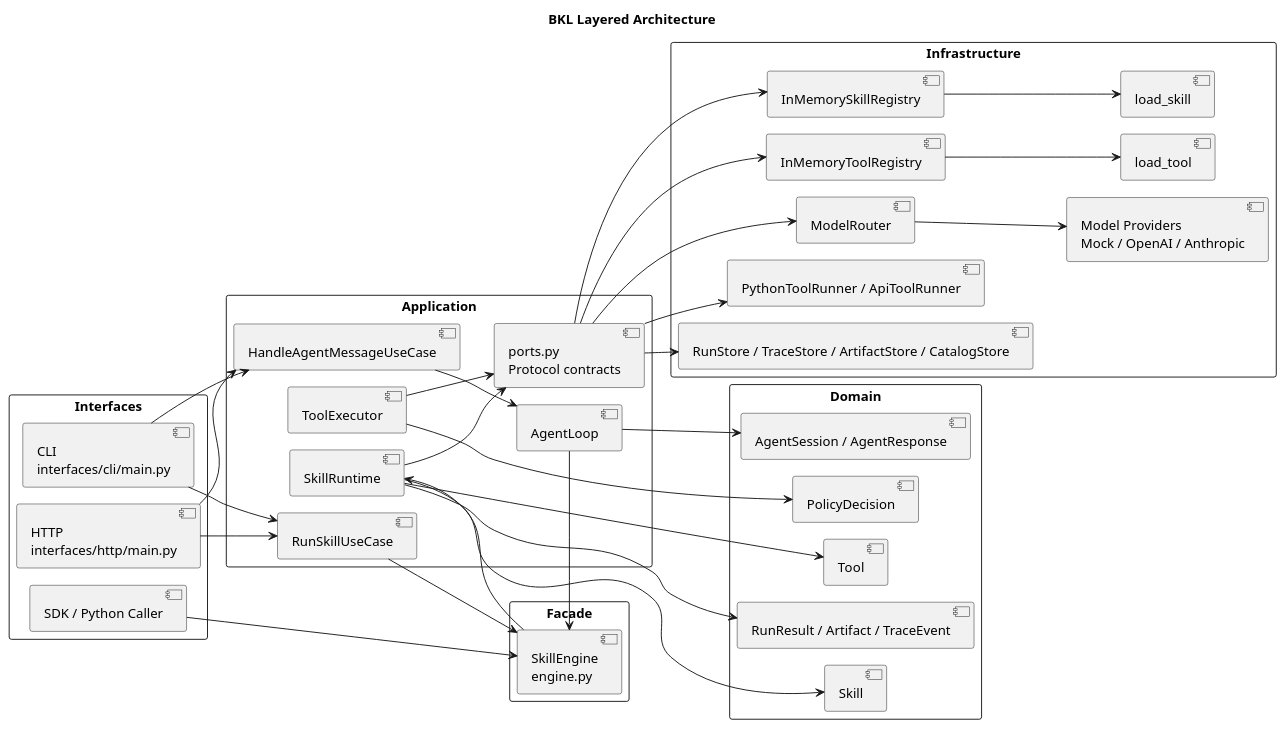
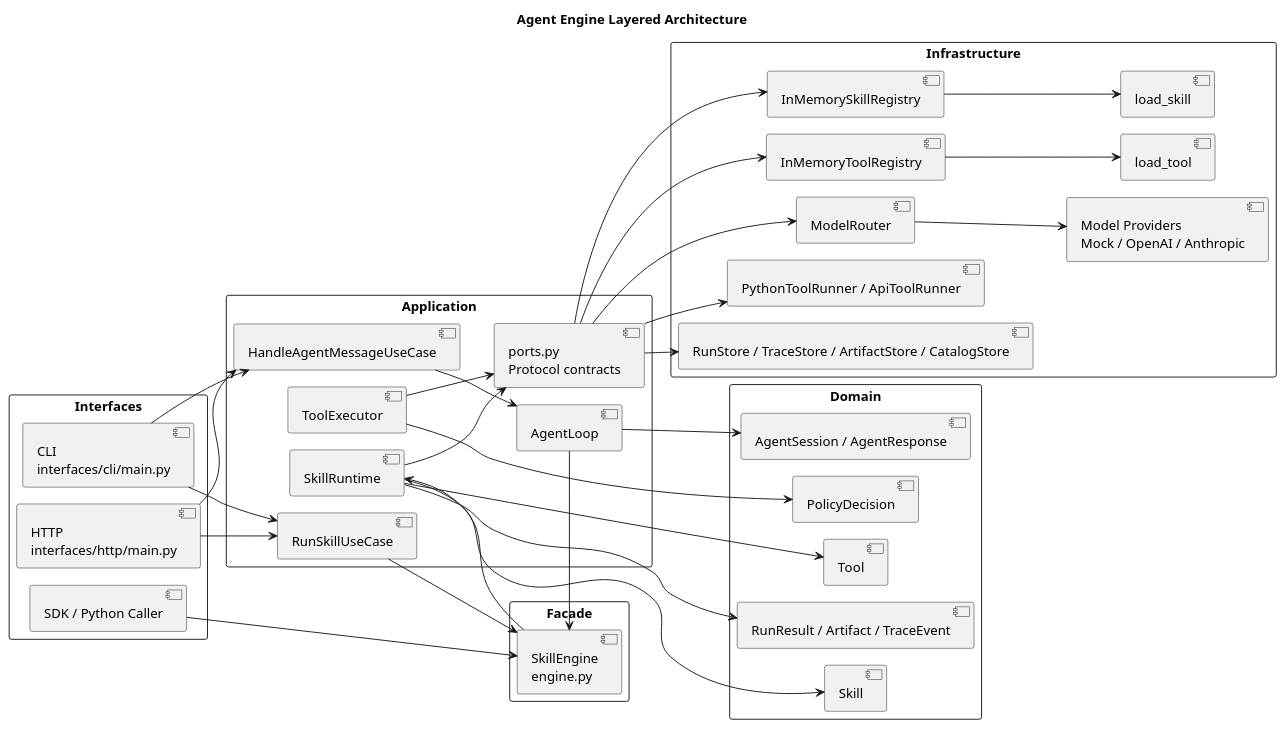
One commit to wangboy91/agent-engine changed the diagram in docs/diagrams/agent-layered-architecture.puml. Above: the diagram before and after it, drawn with PlantUML. The commit also changed 67 other files, not shown here.

```diff
--- a/docs/diagrams/agent-layered-architecture.puml
+++ b/docs/diagrams/agent-layered-architecture.puml
@@ -1,78 +1,78 @@
 @startuml
 !pragma layout smetana
-title BKL Layered Architecture
+title Agent Engine Layered Architecture
 
 skinparam packageStyle rectangle
 skinparam shadowing false
 left to right direction
 
 package "Interfaces" {
   component "CLI\ninterfaces/cli/main.py" as CLI
   component "HTTP\ninterfaces/http/main.py" as HTTP
   component "SDK / Python Caller" as SDK
 }
 
 package "Facade" {
   component "SkillEngine\nengine.py" as Engine
 }
 
 package "Application" {
   component "RunSkillUseCase" as RunSkill
   component "HandleAgentMessageUseCase" as ChatUseCase
   component "AgentLoop" as AgentLoop
   component "SkillRuntime" as SkillRuntime
   component "ToolExecutor" as ToolExecutor
   component "ports.py\nProtocol contracts" as Ports
 }
 
 package "Domain" {
   component "Skill" as Skill
   component "Tool" as Tool
   component "RunResult / Artifact / TraceEvent" as RunModels
   component "AgentSession / AgentResponse" as AgentModels
   component "PolicyDecision" as Policy
 }
 
 package "Infrastructure" {
   component "InMemorySkillRegistry" as SkillRegistry
   component "InMemoryToolRegistry" as ToolRegistry
   component "load_skill" as SkillLoader
   component "load_tool" as ToolLoader
   component "ModelRouter" as ModelRouter
   component "Model Providers\nMock / OpenAI / Anthropic" as ModelProviders
   component "PythonToolRunner / ApiToolRunner" as ToolRunners
   component "RunStore / TraceStore / ArtifactStore / CatalogStore" as Stores
 }
 
 CLI --> RunSkill
 HTTP --> RunSkill
 SDK --> Engine
 
 CLI --> ChatUseCase
 HTTP --> ChatUseCase
 
 RunSkill --> Engine
 ChatUseCase --> AgentLoop
 AgentLoop --> Engine
 
 Engine --> SkillRuntime
 SkillRuntime --> Ports
 ToolExecutor --> Ports
 
 Ports --> SkillRegistry
 Ports --> ToolRegistry
 Ports --> ModelRouter
 Ports --> ToolRunners
 Ports --> Stores
 
 SkillRegistry --> SkillLoader
 ToolRegistry --> ToolLoader
 ModelRouter --> ModelProviders
 
 SkillRuntime --> Skill
 SkillRuntime --> Tool
 SkillRuntime --> RunModels
 AgentLoop --> AgentModels
 ToolExecutor --> Policy
 
 @enduml
```
